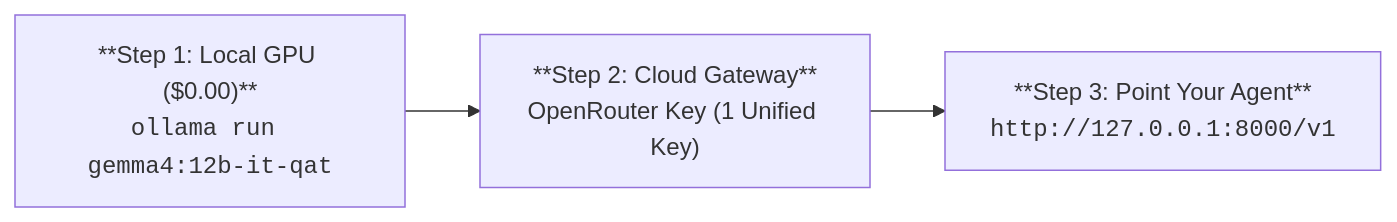
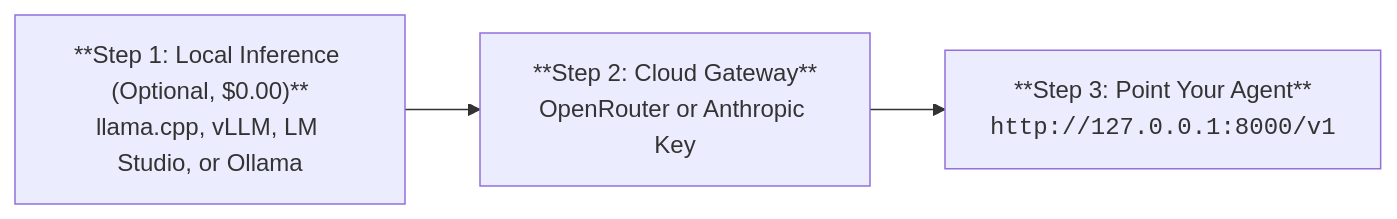
Before and after one commit to dixieflatline76/nacho-flow: the diagram in README.md, drawn with Mermaid. The commit also changed other lines of this file and 148 other files, not shown here.

First line of the commit message:
feat(router, server): clean prompt history before routing, add Thought Slap recovery, and OpenRouter benchmark (#75)

````diff
--- a/README.md
+++ b/README.md
@@ -51,8 +51,8 @@
 ```mermaid
 flowchart LR
-    Step1["**Step 1: Local GPU ($0.00)**<br/><code>ollama run gemma4:12b-it-qat</code>"]
-    Step2["**Step 2: Cloud Gateway**<br/>OpenRouter Key (1 Unified Key)"]
+    Step1["**Step 1: Local Inference (Optional, $0.00)**<br/>llama.cpp, vLLM, LM Studio, or Ollama"]
+    Step2["**Step 2: Cloud Gateway**<br/>OpenRouter or Anthropic Key"]
     Step3["**Step 3: Point Your Agent**<br/><code>http://127.0.0.1:8000/v1</code>"]
 
     Step1 --> Step2 --> Step3
 ```
````
